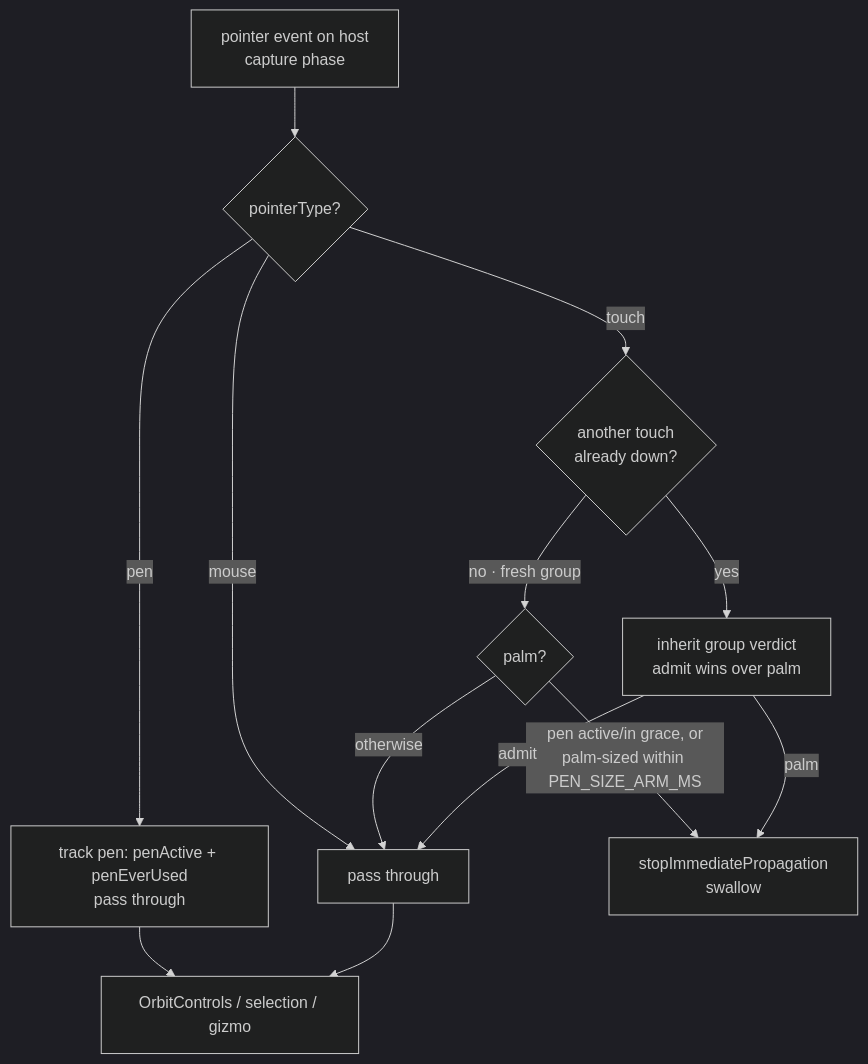
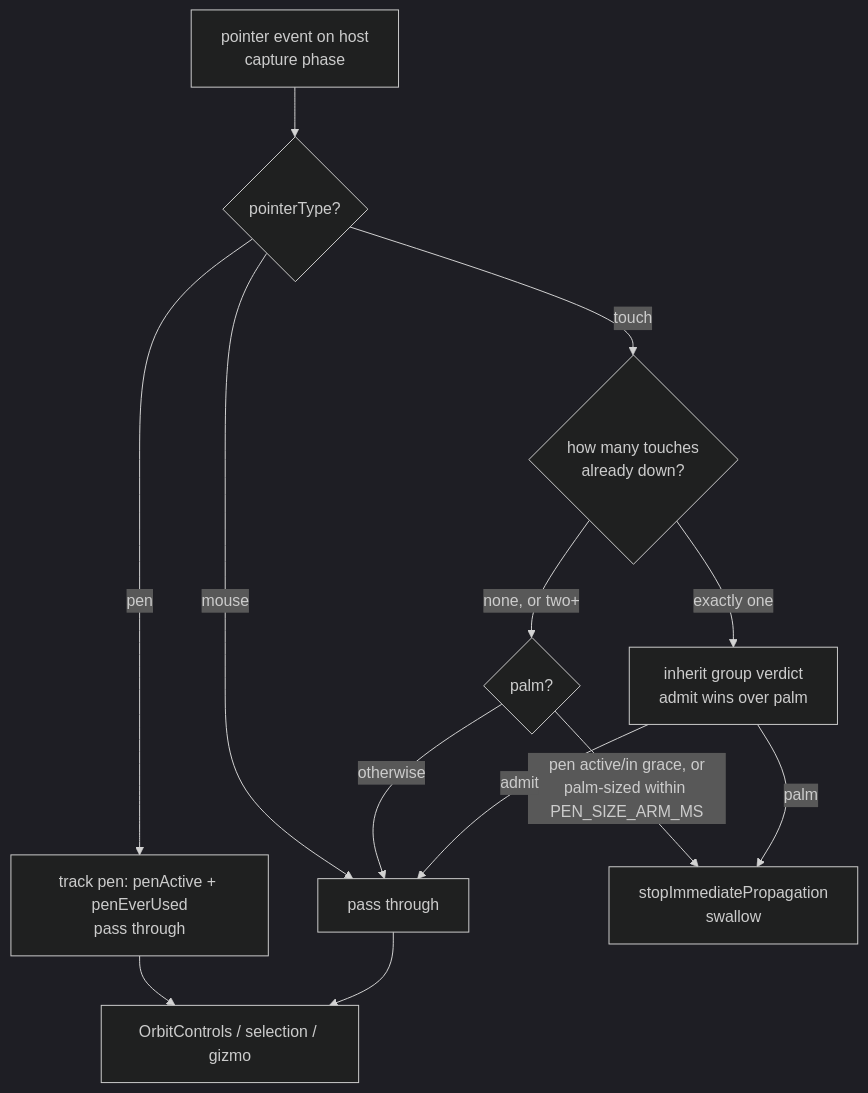
The fourth of 7 diagrams in ui/src/app/components/viewer/README.md (ColdCrabby/slicer), drawn with Mermaid (dark theme) before and after one commit. The commit also changed other lines of this file and 8 other files, not shown here.

````diff
--- a/ui/src/app/components/viewer/README.md
+++ b/ui/src/app/components/viewer/README.md
@@ -308,15 +308,15 @@
 ```mermaid
 flowchart TD
     E[pointer event on host<br/>capture phase] --> P{pointerType?}
     P -->|pen| T[track pen: penActive + penEverUsed<br/>pass through]
     P -->|mouse| A[pass through]
-    P -->|touch| G{another touch<br/>already down?}
-    G -->|yes| I[inherit group verdict<br/>admit wins over palm]
-    G -->|no · fresh group| C{palm?}
+    P -->|touch| G{how many touches<br/>already down?}
+    G -->|exactly one| I[inherit group verdict<br/>admit wins over palm]
+    G -->|none, or two+| C{palm?}
     C -->|pen active/in grace, or<br/>palm-sized within PEN_SIZE_ARM_MS| S[stopImmediatePropagation<br/>swallow]
     C -->|otherwise| A
     I -->|palm| S
     I -->|admit| A
     T --> D[OrbitControls / selection / gizmo]
     A --> D
 ```
````
